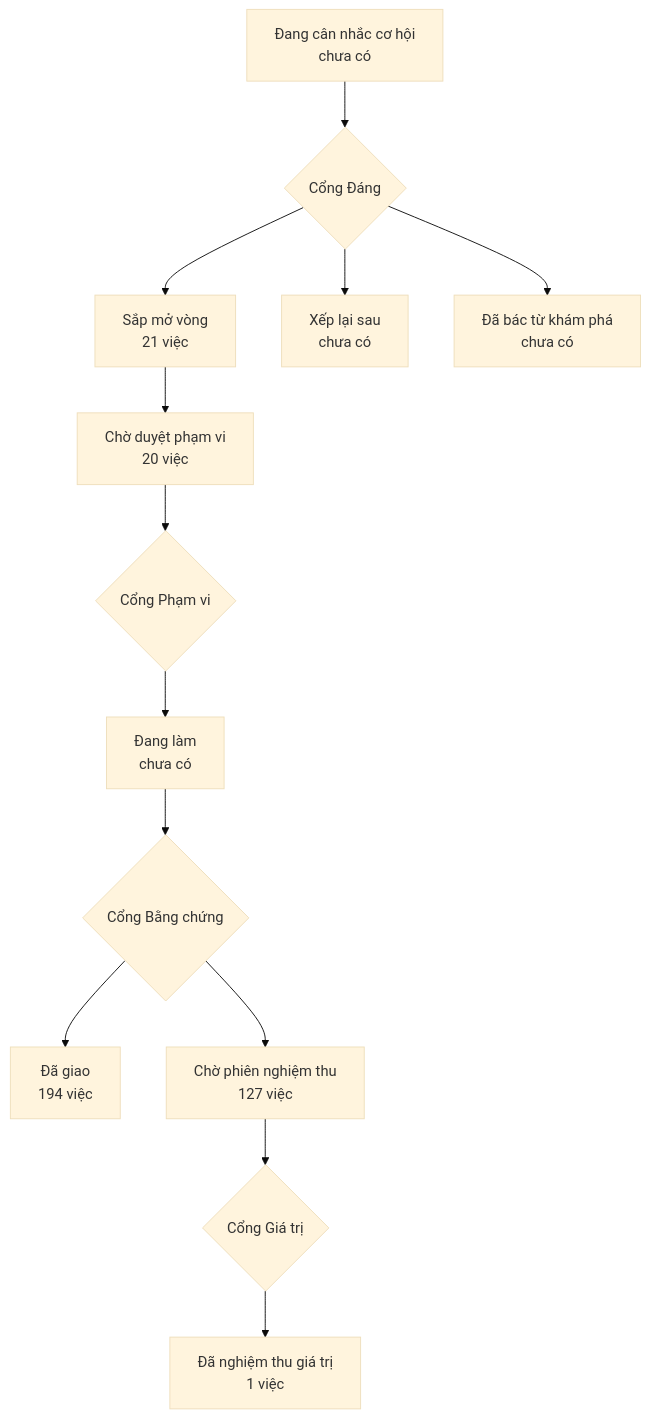
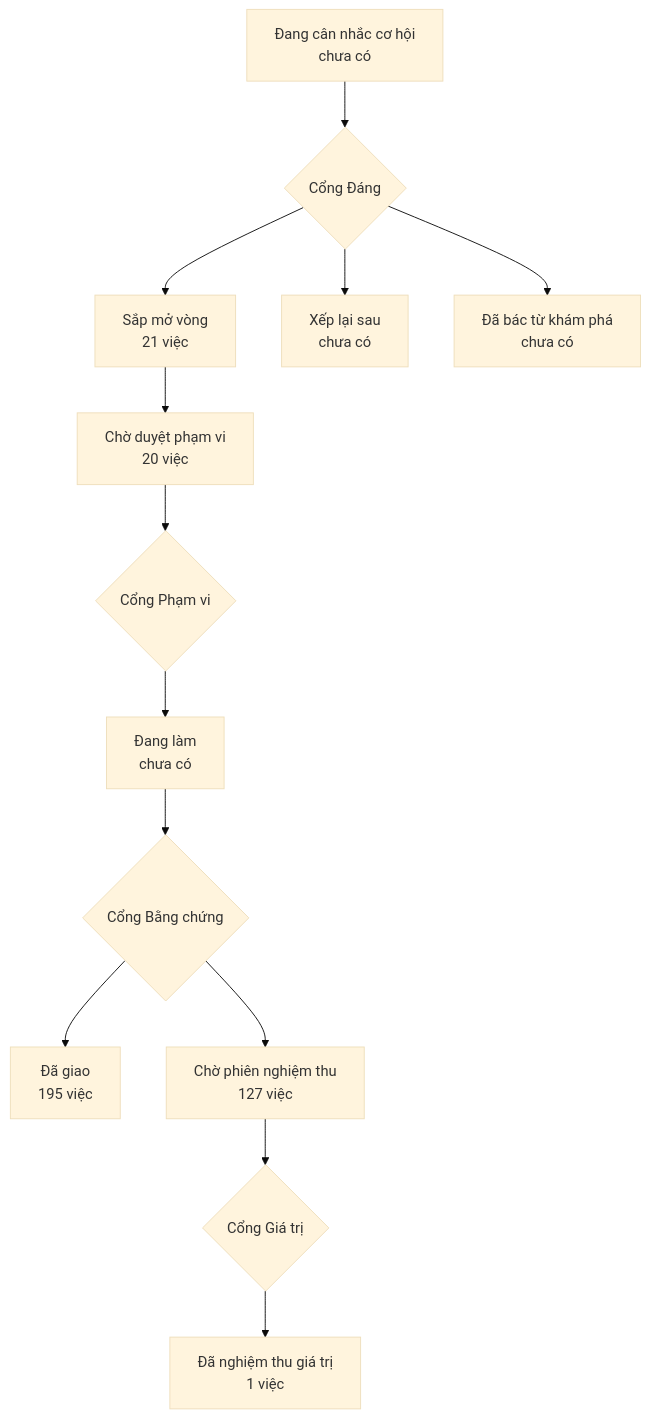
The diagram in PRODUCT-MAP.md (phanlemanh/onehub-invest), drawn with Mermaid (base theme) before and after one commit. The commit also changed other lines of this file and 34 other files, not shown here.

````diff
--- a/PRODUCT-MAP.md
+++ b/PRODUCT-MAP.md
@@ -7,12 +7,12 @@
 ```mermaid
 flowchart TD
   A["Đang cân nhắc cơ hội<br/>chưa có"] --> GD{"Cổng Đáng"}
   GD --> B["Sắp mở vòng<br/>21 việc"]
   GD --> XL["Xếp lại sau<br/>chưa có"]
   GD --> DB["Đã bác từ khám phá<br/>chưa có"]
   B --> CD["Chờ duyệt phạm vi<br/>20 việc"] --> GP{"Cổng Phạm vi"}
   GP --> DL["Đang làm<br/>chưa có"] --> GB{"Cổng Bằng chứng"}
-  GB --> DG["Đã giao<br/>194 việc"]
+  GB --> DG["Đã giao<br/>195 việc"]
   GB --> CN["Chờ phiên nghiệm thu<br/>127 việc"] --> GG{"Cổng Giá trị"}
   GG --> NT["Đã nghiệm thu giá trị<br/>1 việc"]
 ```
````
